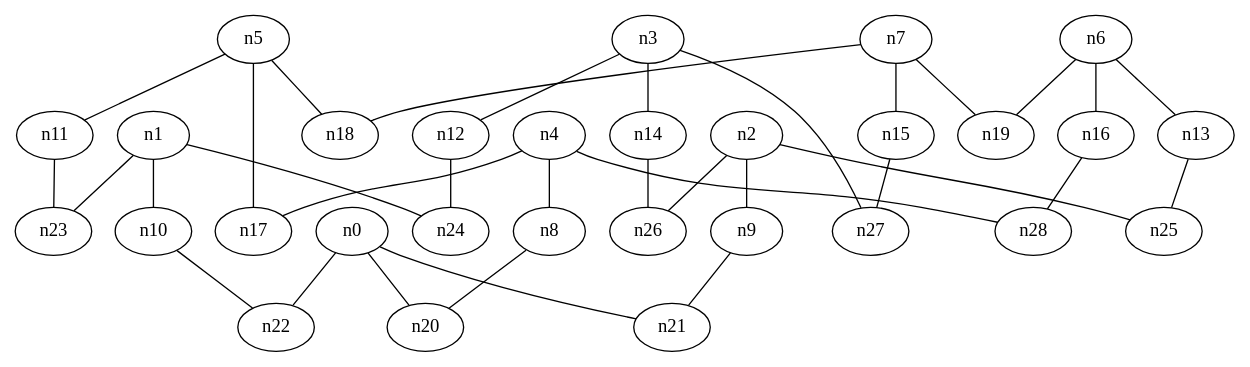
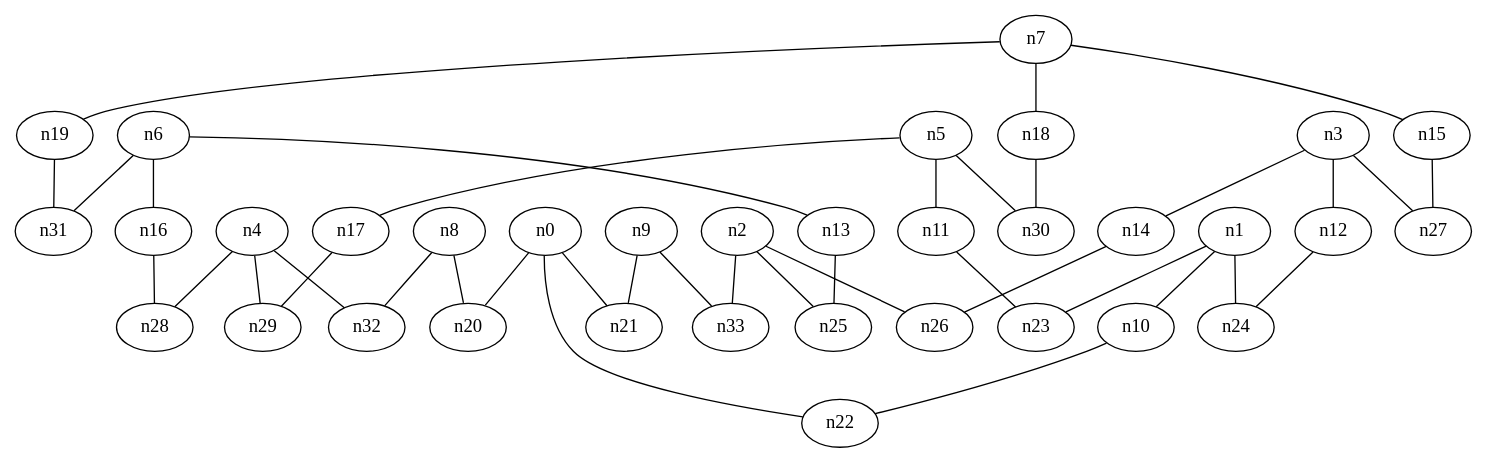
Before and after one commit to brendonu/spherical-mds: the diagram in new_outputs/cube_animation27.dot, drawn with Graphviz. The commit also changed 103 other files, not shown here.

```diff
--- a/new_outputs/cube_animation27.dot
+++ b/new_outputs/cube_animation27.dot
@@ -1,97 +1,112 @@
 strict graph "" {
 	graph [edge_default="{}",
 		node_default="{}"
 	];
 	node [label="\N"];
-	n0	 [dim3pos="-0.09610633450035941,-0.48103106203857554,-0.8714199273731036",
-		pos="1.373600421999577,-2.628885881072212"];
-	n20	 [dim3pos="-0.07030088869387156,0.6977642488937378,0.7128694396694318",
-		pos="4.812801770107937,-0.7772149600632565"];
-	n0 -- n20	 [id=e0];
-	n21	 [dim3pos="0.31963389193872277,0.28089939723372037,0.9049473486108667",
-		pos="-2.4206054291966606,-0.43954035493558"];
-	n0 -- n21	 [id=e1];
-	n22	 [dim3pos="-0.007714177433463955,-0.10529191684088887,-0.9944114358325212",
-		pos="1.497662325117292,3.2473638905160316"];
-	n0 -- n22	 [id=e2];
-	n1	 [dim3pos="-0.32075439635458364,0.49293230977029295,-0.808785728857607",
-		pos="2.14766824501425,2.5128807769407593"];
-	n10	 [dim3pos="0.07689303827001231,-0.3399243292104978,0.9373040654325573",
-		pos="4.934851337116522,0.3559838295090049"];
-	n1 -- n10	 [id=e14];
-	n23	 [dim3pos="-0.41547298404726507,0.28518298523965663,-0.8637435177508765",
-		pos="2.5400488303154702,2.6134479867616816"];
-	n1 -- n23	 [id=e3];
-	n24	 [dim3pos="0.24797393466636952,-0.8431813434520375,0.47702636172490137",
-		pos="4.998417959728916,1.0735281392056821"];
-	n1 -- n24	 [id=e4];
-	n2	 [dim3pos="-0.14540686982857576,0.020187547344263528,-0.9891659644058113",
-		pos="6.145232257047266,3.2889266620954194"];
-	n9	 [dim3pos="-0.27676038153901367,-0.11047226806156435,-0.9545677394505397",
-		pos="6.6629691884902424,3.4441831534357417"];
-	n2 -- n9	 [id=e13];
-	n25	 [dim3pos="0.31210289143974257,-0.17210113857551743,0.9343302324424501",
-		pos="2.6376565384266994,-0.3644211284309945"];
-	n2 -- n25	 [id=e5];
-	n26	 [dim3pos="0.35146949903429825,-0.04847366618942559,-0.9349435784766563",
-		pos="6.146132773316669,2.7788963329065757"];
-	n2 -- n26	 [id=e6];
-	n3	 [dim3pos="0.7722438696080796,-0.5091084774528623,-0.3800631053369532",
-		pos="-0.5828564506079208,1.9606608472078708"];
-	n12	 [dim3pos="-0.6346186405342388,-0.7549370292486572,0.1653156464333813",
-		pos="4.013363061070702,1.404718273968764"];
-	n3 -- n12	 [id=e16];
-	n14	 [dim3pos="0.6523050345311088,-0.15770482285707693,-0.7413685525924247",
-		pos="-0.2372136129107498,2.4059036681705024"];
-	n3 -- n14	 [id=e18];
-	n27	 [dim3pos="0.06020976407055327,-0.7711580469573941,-0.633790226276349",
-		pos="4.790307979003949,-4.025945479865606"];
-	n3 -- n27	 [id=e7];
-	n4	 [dim3pos="0.7800905760618515,-0.043972483707532706,-0.6241194707875084",
-		pos="9.368469115469734,-2.244800388239717"];
-	n8	 [dim3pos="-0.5598907236884602,0.6389043266752638,0.5275638718517791",
-		pos="5.431971488097203,-1.0150659915611833"];
-	n4 -- n8	 [id=e12];
-	n17	 [dim3pos="0.5325175676601481,0.019281745030951602,-0.8461992994808498",
-		pos="3.1777854973052007,-2.579608144454"];
-	n4 -- n17	 [id=e8];
-	n28	 [dim3pos="-0.660678718409479,-0.5874572772546394,0.46733026698617974",
-		pos="0.726800689821991,-1.0845277445044195"];
-	n4 -- n28	 [id=e9];
-	n5	 [dim3pos="-0.04269166598229923,-0.008397915751097015,-0.9990529999287792",
-		pos="3.3358236197136977,-3.185116200714704"];
-	n11	 [dim3pos="0.24579016063824424,-0.029380501599446378,0.9688776925180964",
-		pos="-0.11897040048734457,0.2501403358774433"];
-	n5 -- n11	 [id=e15];
-	n5 -- n17	 [id=e21];
-	n18	 [dim3pos="-0.10828153057858778,-0.1132867897285967,-0.9876442747308097",
-		pos="3.949577114455663,2.9842315819796146"];
-	n5 -- n18	 [id=e10];
-	n6	 [dim3pos="0.02522274839815079,-0.4442721935918718,0.8955367278701136",
-		pos="1.627508634636726,-0.46116042046755573"];
-	n13	 [dim3pos="-0.29219063071445256,0.36518933210400456,-0.8838899179423428",
-		pos="5.387195312983058,3.628273836066336"];
-	n6 -- n13	 [id=e17];
-	n16	 [dim3pos="0.12169167766063625,0.7707417379265901,-0.6254185070862864",
-		pos="4.555792655890819,4.036721214174737"];
-	n6 -- n16	 [id=e20];
-	n19	 [dim3pos="0.024208490973528344,0.22902688343161862,-0.9731190243903283",
-		pos="4.607078497829367,3.3739814552309118"];
-	n6 -- n19	 [id=e11];
-	n7	 [dim3pos="0.10593847148770855,0.16002225458558791,0.9814122061071959",
-		pos="0.9860152092948156,0.19310963408073123"];
-	n15	 [dim3pos="-0.12100051524568892,-0.5623908594327748,-0.8179702907421166",
-		pos="4.500465846215208,-3.754515195357867"];
-	n7 -- n15	 [id=e19];
-	n7 -- n18	 [id=e22];
-	n7 -- n19	 [id=e23];
-	n8 -- n20	 [id=e24];
-	n9 -- n21	 [id=e25];
-	n10 -- n22	 [id=e26];
-	n11 -- n23	 [id=e27];
-	n12 -- n24	 [id=e28];
-	n13 -- n25	 [id=e29];
-	n14 -- n26	 [id=e30];
-	n15 -- n27	 [id=e31];
-	n16 -- n28	 [id=e32];
+	n0	[dim3pos="0.05842713276052098,0.9657695430990288,0.2527359487284658",
+		pos="-1.6312206878950288,4.967895946529497"];
+	n20	[dim3pos="0.39810402131023465,-0.7458230474652663,-0.5340984647855146",
+		pos="-4.222085433831348,-2.1342373416133715"];
+	n0 -- n20	[id=e0];
+	n21	[dim3pos="-0.7455060895950976,-0.6477535636553993,0.15695856506848208",
+		pos="0.7153519233249248,-1.4131860387893345"];
+	n0 -- n21	[id=e1];
+	n22	[dim3pos="-0.68012438436228,-0.5312445785656957,-0.5051831544503301",
+		pos="0.6631093106953222,-2.1003905059019066"];
+	n0 -- n22	[id=e2];
+	n1	[dim3pos="0.28365335808277486,0.08941026341825606,0.9547494840238685",
+		pos="3.4469441525715845,-19.15153593103705"];
+	n10	[dim3pos="0.5916596056029492,0.2749644557966849,0.7578479129391303",
+		pos="-2.706553544810987,5.572397180510516"];
+	n1 -- n10	[id=e14];
+	n23	[dim3pos="0.028247780099539776,0.01967214890223182,0.999407359126906",
+		pos="-2.5332774723350306,-6.317614928715339"];
+	n1 -- n23	[id=e3];
+	n24	[dim3pos="0.20304456229999238,-0.012868125969245128,0.9790849386311916",
+		pos="3.0783014285353336,-6.488067602074553"];
+	n1 -- n24	[id=e4];
+	n2	[dim3pos="0.0978167475350189,0.30577899008938597,-0.9470644609114975",
+		pos="-1.8804027682526991,3.468423724966758"];
+	n25	[dim3pos="-0.02841115772313914,-0.03739645293864288,0.9988965469078561",
+		pos="13.48746849875507,-6.330167348145625"];
+	n2 -- n25	[id=e5];
+	n26	[dim3pos="-0.014045218615351095,0.17353364130813012,-0.9847277832824604",
+		pos="4.793149515819898,-9.249785108067007"];
+	n2 -- n26	[id=e6];
+	n33	[dim3pos="0.23192198360145347,0.5889907608700802,-0.7741460308830959",
+		pos="-1.945913288901991,3.827024067836304"];
+	n2 -- n33	[id=e37];
+	n3	[dim3pos="-0.10322071262721587,0.10168433424237514,0.9894472096349631",
+		pos="14.930062965719593,6.428590967341363"];
+	n12	[dim3pos="0.02523980666770911,-0.012369546559159296,0.9996048951847412",
+		pos="-9.880458829133874,6.255073713984977"];
+	n3 -- n12	[id=e16];
+	n14	[dim3pos="0.01186335467240689,-0.025837045075198285,0.999595772258816",
+		pos="14.567612707875334,-0.028434309468118826"];
+	n3 -- n14	[id=e18];
+	n27	[dim3pos="0.35056733397753415,-0.36189739294833134,-0.863789801586639",
+		pos="5.481885859706938,-9.952830774908795"];
+	n3 -- n27	[id=e7];
+	n4	[dim3pos="0.07160642514009236,-0.07892602714661903,0.9943053867487129",
+		pos="-0.8339846397783357,6.389956335495707"];
+	n28	[dim3pos="-0.22730700140737653,0.10321248566664999,-0.9683381175569299",
+		pos="2.715362206272424,-3.393903520473365"];
+	n4 -- n28	[id=e8];
+	n29	[dim3pos="-0.10990442182428284,0.2552917003463642,-0.9605972963722791",
+		pos="-4.305864577955402,-3.4232457013025996"];
+	n4 -- n29	[id=e9];
+	n32	[dim3pos="0.1894555409705666,-0.2171505635025922,-0.9575762271307996",
+		pos="2.2881868724242898,-9.132452196992043"];
+	n4 -- n32	[id=e36];
+	n5	[dim3pos="-0.21186815582892427,-0.48694255821096033,0.8473481159173106",
+		pos="-8.264374923308958,-18.289731035077416"];
+	n11	[dim3pos="-0.15099759676985042,-0.17388666912376816,0.9731203173661368",
+		pos="10.280512906250168,6.515568494510624"];
+	n5 -- n11	[id=e15];
+	n17	[dim3pos="0.007281900764247406,-0.4239768765568729,0.9056437390422007",
+		pos="4.72956252278229,6.7210862538385046"];
+	n5 -- n17	[id=e21];
+	n30	[dim3pos="0.41860594367502435,0.6601077036484405,-0.6237201964855115",
+		pos="7.288831050412814,2.2442894729910883"];
+	n5 -- n30	[id=e10];
+	n6	[dim3pos="-0.43044932032944966,-0.17159700828064262,-0.8861534005899023",
+		pos="9.804116769352776,15.226144097670675"];
+	n13	[dim3pos="0.1579295386338283,0.12346500811196927,0.9797013078478651",
+		pos="0.6635275226110079,-6.0813549866764225"];
+	n6 -- n13	[id=e17];
+	n16	[dim3pos="-0.3623891783007566,0.026272354484132718,-0.9316565068953055",
+		pos="9.352406951019395,-3.5134433556829276"];
+	n6 -- n16	[id=e20];
+	n31	[dim3pos="0.6660875694641601,0.3886093168649251,0.636639732227815",
+		pos="0.5281396771683871,-11.68570726152045"];
+	n6 -- n31	[id=e11];
+	n7	[dim3pos="0.6055006667051156,-0.7573103006792434,-0.24464270090230408",
+		pos="-0.8963352998460377,8.101132812877344"];
+	n15	[dim3pos="-0.5435575715376857,0.5897288692186947,0.5972981058350122",
+		pos="2.315475942910833,-5.352516981766348"];
+	n7 -- n15	[id=e19];
+	n18	[dim3pos="-0.7776250042665486,-0.5480188482872326,0.3081796467344741",
+		pos="10.038674104174587,13.823887989422714"];
+	n7 -- n18	[id=e22];
+	n19	[dim3pos="0.573883736548628,0.7359605489226027,0.35919288321809245",
+		pos="7.191695161894658,7.486578717457333"];
+	n7 -- n19	[id=e23];
+	n8	[dim3pos="-0.3607294770403761,0.4754857587142481,0.8023637190539665",
+		pos="-0.921779219373189,-6.922736472590103"];
+	n8 -- n20	[id=e24];
+	n8 -- n32	[id=e12];
+	n9	[dim3pos="-0.3895589392104031,-0.7760971014021997,0.4959003146564531",
+		pos="7.388778330526068,-1.0519250260850275"];
+	n9 -- n21	[id=e25];
+	n9 -- n33	[id=e13];
+	n10 -- n22	[id=e26];
+	n11 -- n23	[id=e27];
+	n12 -- n24	[id=e28];
+	n13 -- n25	[id=e29];
+	n14 -- n26	[id=e30];
+	n15 -- n27	[id=e31];
+	n16 -- n28	[id=e32];
+	n17 -- n29	[id=e33];
+	n18 -- n30	[id=e34];
+	n19 -- n31	[id=e35];
 }
```
